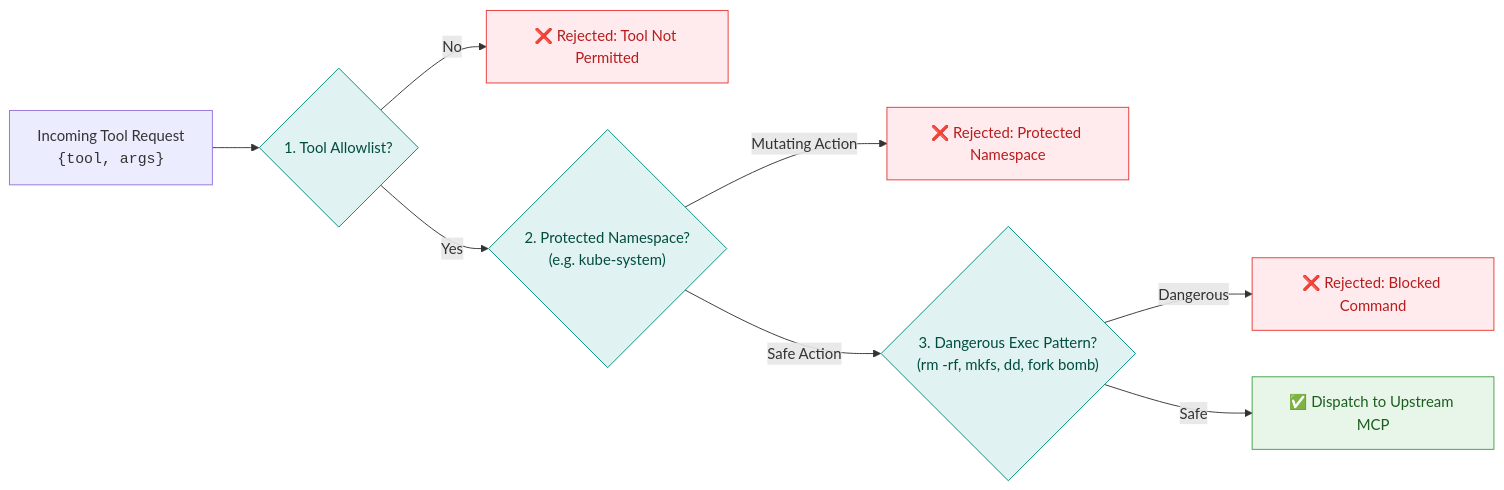
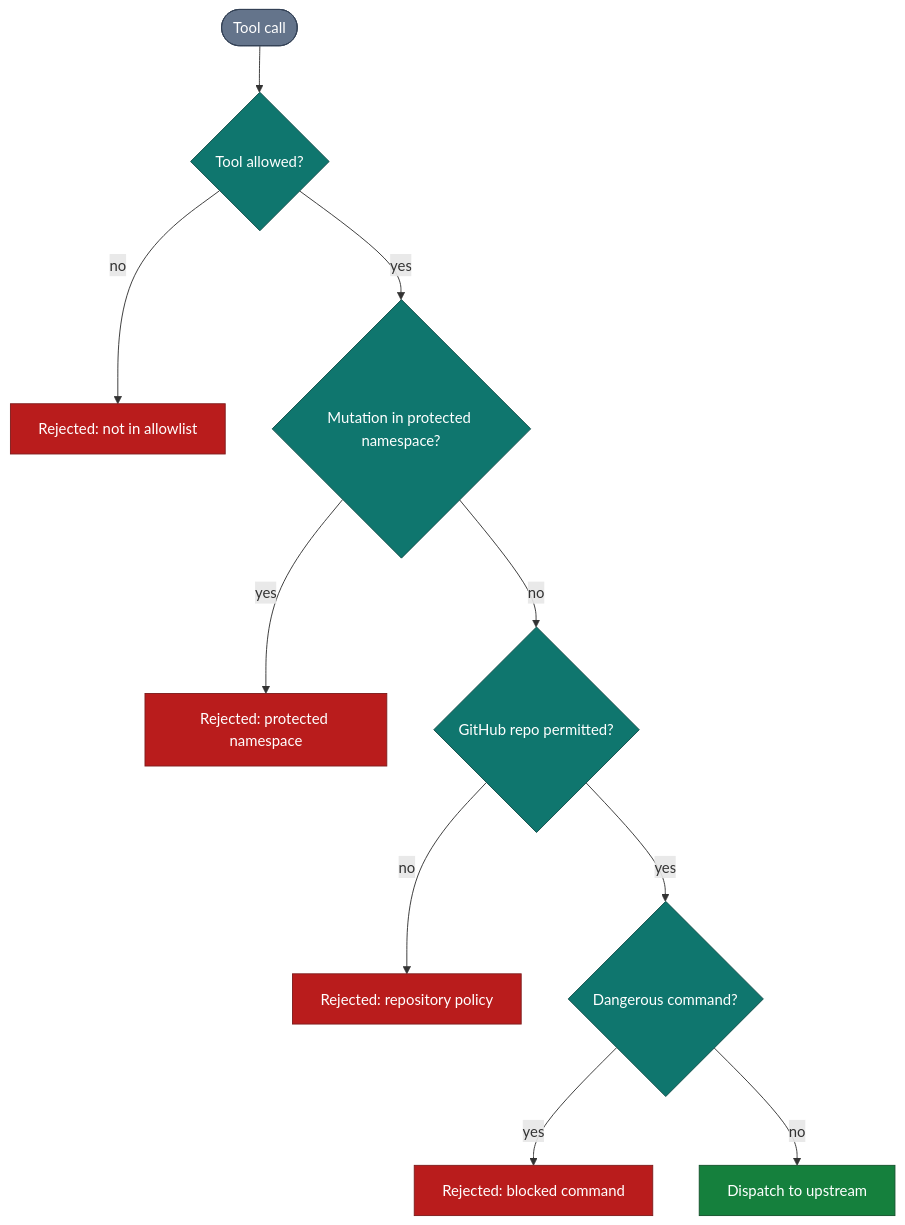
The second of 2 diagrams in packages/mcps/homelab-mcp/README.md (csp33/homelab-ai-ops), drawn with Mermaid before and after one commit. The commit also changed other lines of this file and 2 other files, not shown here.

Commit message:
docs: redesign README diagrams and align them with the code

````diff
--- a/packages/mcps/homelab-mcp/README.md
+++ b/packages/mcps/homelab-mcp/README.md
@@ -77,18 +55,22 @@
 ```mermaid
-flowchart LR
-    REQ["Incoming Tool Request<br/><code>{tool, args}</code>"] --> C1{"1. Tool Allowlist?"}
-    C1 -- No --> ERR1["❌ Rejected: Tool Not Permitted"]
-    C1 -- Yes --> C2{"2. Protected Namespace?<br/>(e.g. kube-system)"}
-    C2 -- Mutating Action --> ERR2["❌ Rejected: Protected Namespace"]
-    C2 -- Safe Action --> C3{"3. Dangerous Exec Pattern?<br/>(rm -rf, mkfs, dd, fork bomb)"}
-    C3 -- Dangerous --> ERR3["❌ Rejected: Blocked Command"]
-    C3 -- Safe --> EXEC["✅ Dispatch to Upstream MCP"]
+flowchart TD
+    REQ([Tool call]) --> C1{Tool allowed?}
+    C1 -->|no| X1[Rejected: not in allowlist]
+    C1 -->|yes| C2{Mutation in protected namespace?}
+    C2 -->|yes| X2[Rejected: protected namespace]
+    C2 -->|no| C3{GitHub repo permitted?}
+    C3 -->|no| X3[Rejected: repository policy]
+    C3 -->|yes| C4{Dangerous command?}
+    C4 -->|yes| X4[Rejected: blocked command]
+    C4 -->|no| OK[Dispatch to upstream]
 
-    classDef reject fill:#ffebee,stroke:#e53935,stroke-width:1px,color:#b71c1c;
-    classDef pass fill:#e8f5e9,stroke:#43a047,stroke-width:1px,color:#1b5e20;
-    classDef check fill:#e0f2f1,stroke:#00897b,stroke-width:1px,color:#004d40;
+    classDef check fill:#0f766e,stroke:#134e4a,color:#fff;
+    classDef reject fill:#b91c1c,stroke:#7f1d1d,color:#fff;
+    classDef pass fill:#15803d,stroke:#14532d,color:#fff;
+    classDef entry fill:#64748b,stroke:#334155,color:#fff;
 
-    class C1,C2,C3 check;
-    class ERR1,ERR2,ERR3 reject;
-    class EXEC pass;
+    class C1,C2,C3,C4 check;
+    class X1,X2,X3,X4 reject;
+    class OK pass;
+    class REQ entry;
 ```
````
